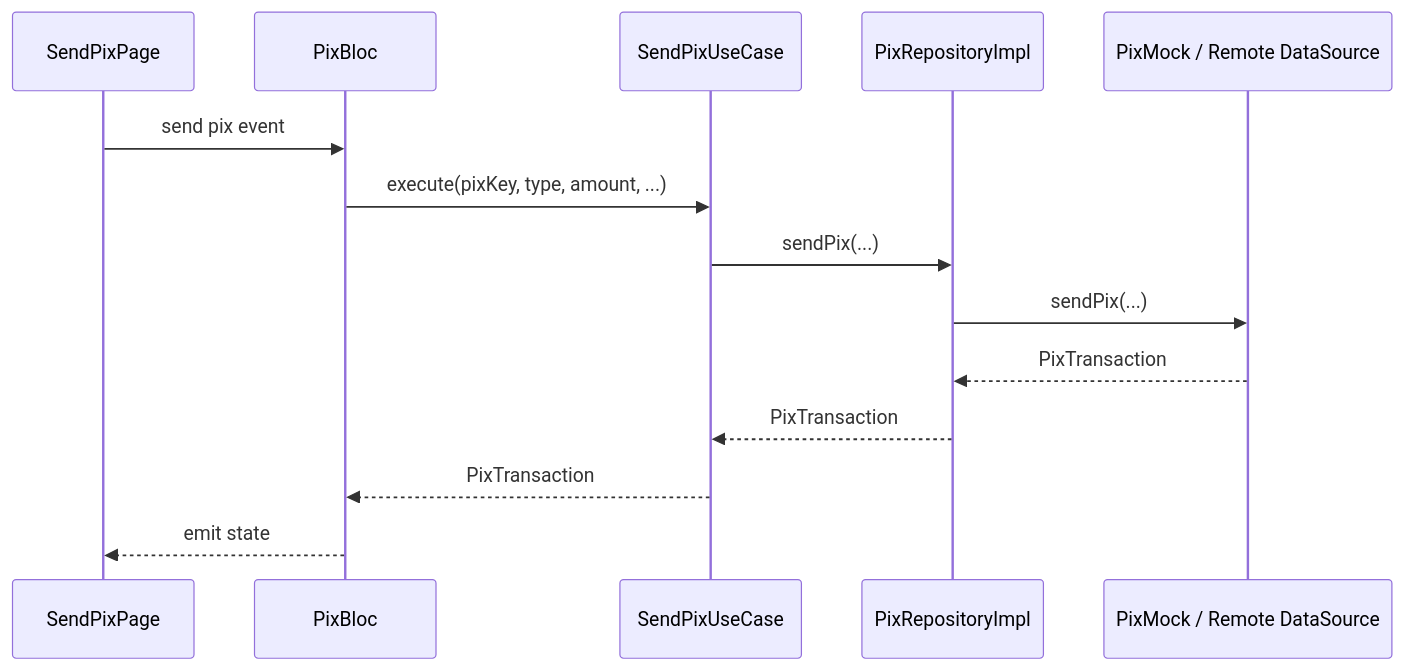
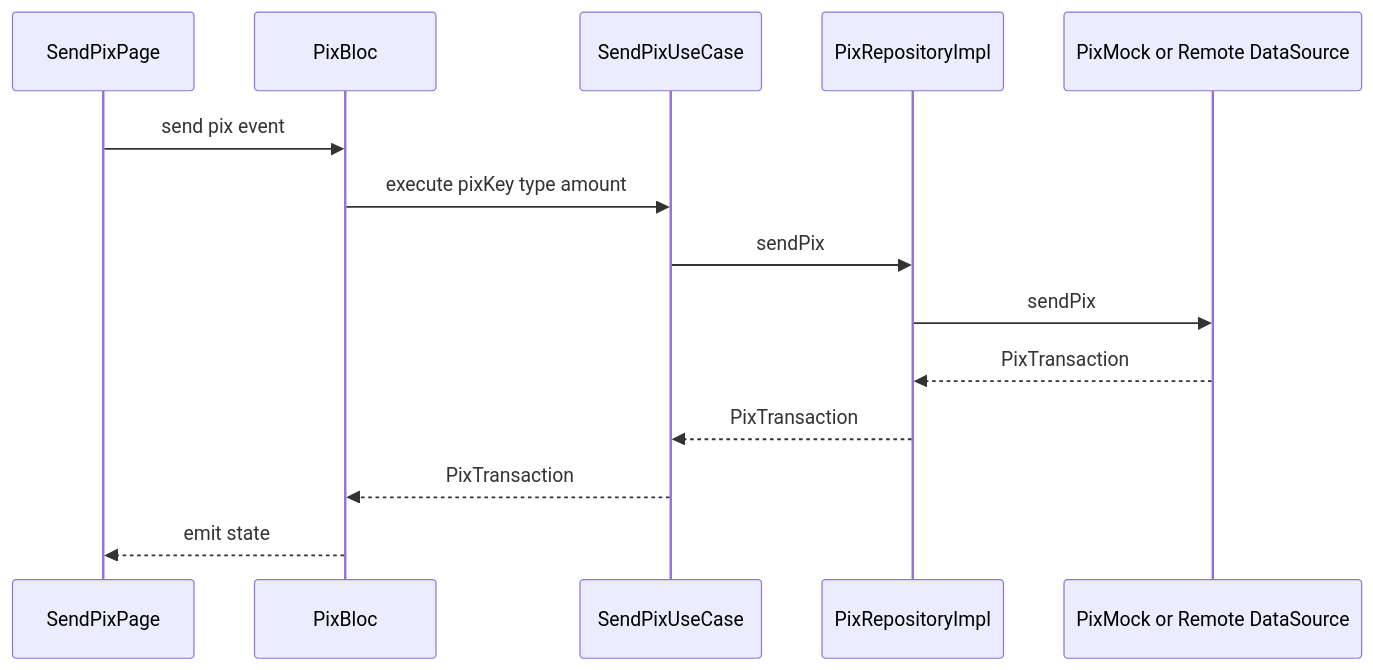
The fourth of 4 diagrams in .archagents/02-architecture.md (cristianoaredes/super-app-flutter-sample), drawn with Mermaid before and after one commit. The commit also changed other lines of this file and 2 other files, not shown here.

First line of the commit message:
Fix Mermaid parse errors on GitHub-rendered diagrams.

````diff
--- a/.archagents/02-architecture.md
+++ b/.archagents/02-architecture.md
@@ -122,17 +124,17 @@
 ```mermaid
 sequenceDiagram
     participant W as SendPixPage
     participant B as PixBloc
     participant UC as SendPixUseCase
     participant R as PixRepositoryImpl
-    participant DS as PixMock / Remote DataSource
+    participant DS as PixMock or Remote DataSource
 
     W->>B: send pix event
-    B->>UC: execute(pixKey, type, amount, ...)
-    UC->>R: sendPix(...)
-    R->>DS: sendPix(...)
+    B->>UC: execute pixKey type amount
+    UC->>R: sendPix
+    R->>DS: sendPix
     DS-->>R: PixTransaction
     R-->>UC: PixTransaction
     UC-->>B: PixTransaction
     B-->>W: emit state
 ```
````
